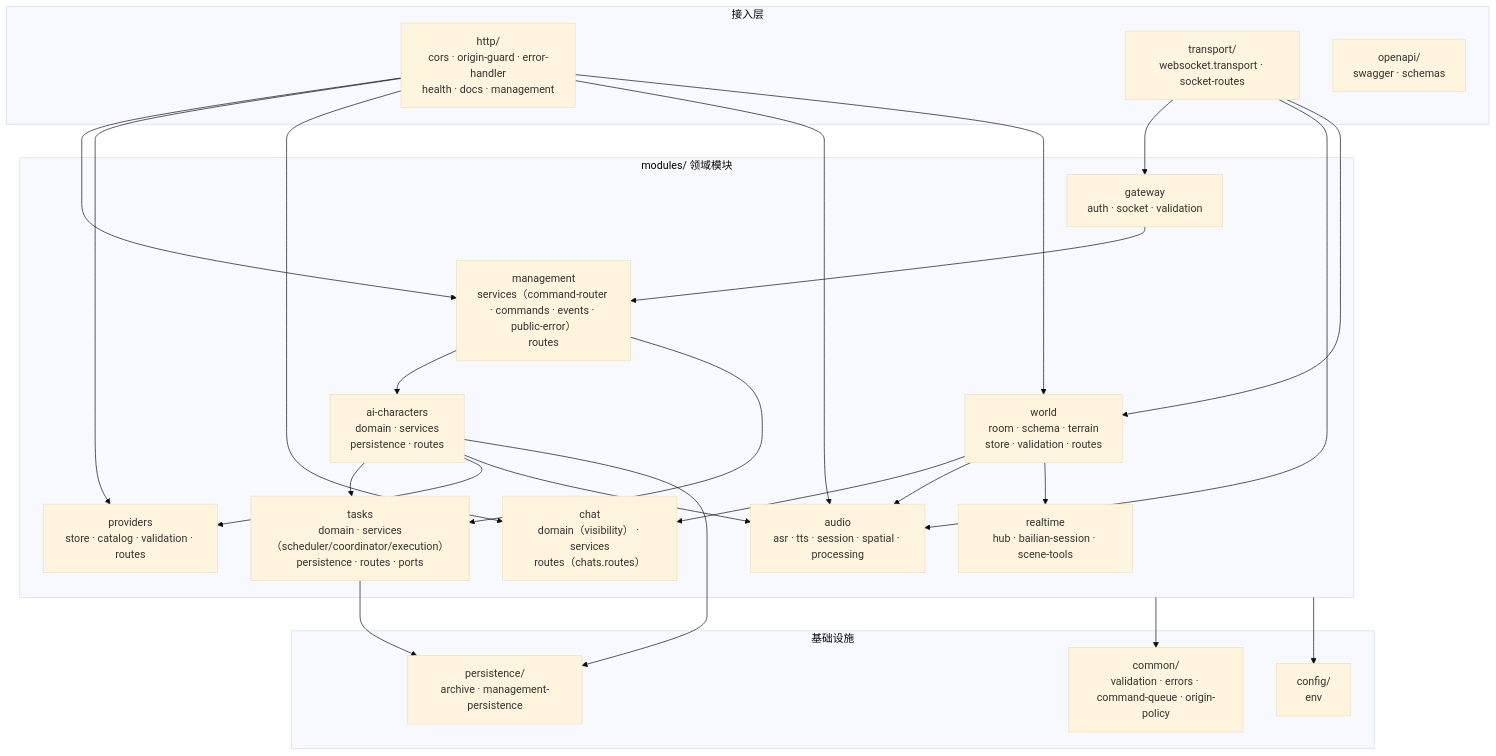
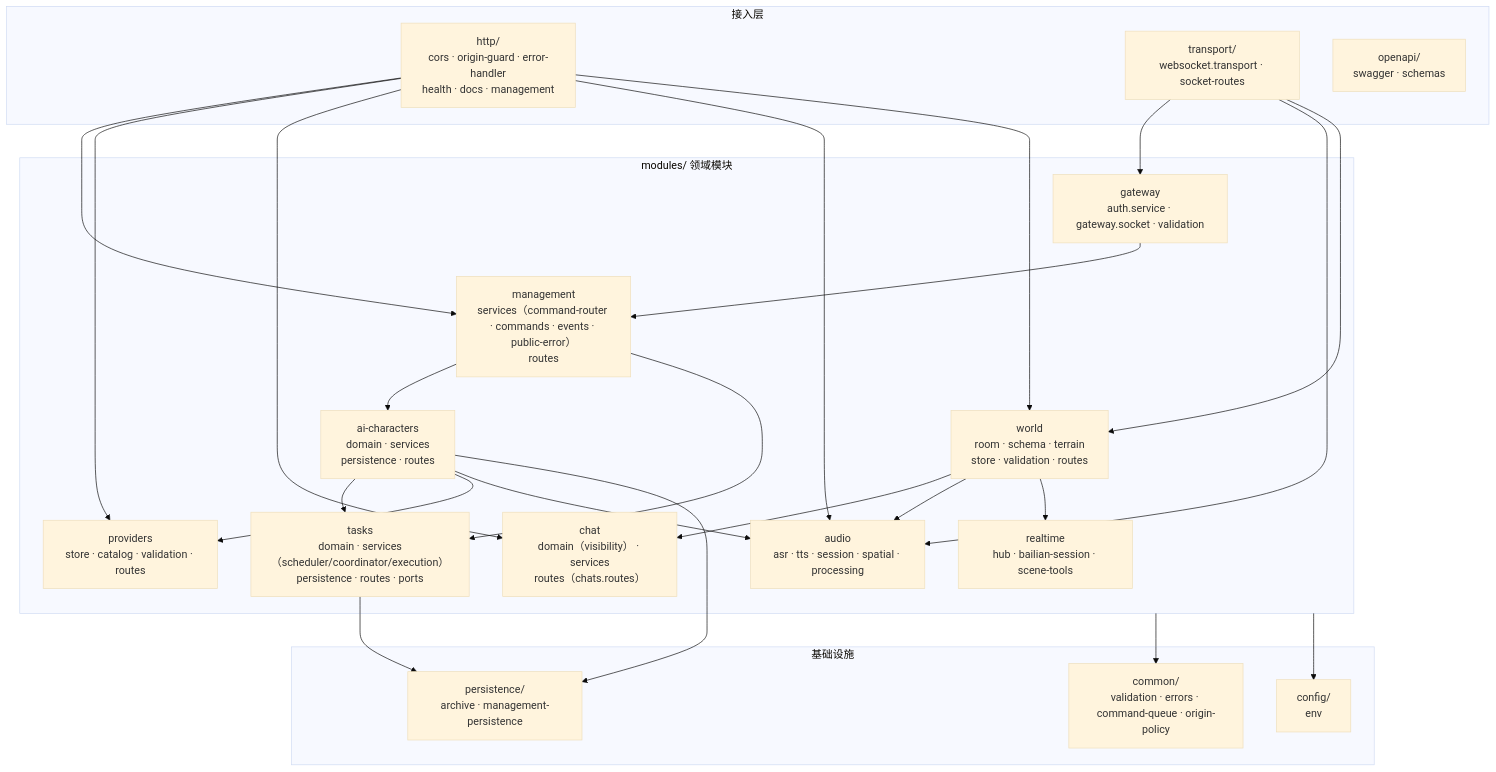
Before and after one commit to lulabs-org/embocraft: the fifth of 14 diagrams in docs/guide/architecture-diagrams.md, drawn with Mermaid (base theme). The commit also changed other lines of this file and 6 other files, not shown here.

````diff
--- a/docs/guide/architecture-diagrams.md
+++ b/docs/guide/architecture-diagrams.md
@@ -122,49 +122,49 @@
 ```mermaid
 graph TB
     subgraph Entry["接入层"]
         HTTP["http/<br/>cors · origin-guard · error-handler<br/>health · docs · management"]
         TR["transport/<br/>websocket.transport · socket-routes"]
         OA["openapi/<br/>swagger · schemas"]
     end
 
     subgraph Modules["modules/ 领域模块"]
         World["world<br/>room · schema · terrain<br/>store · validation · routes"]
         AIC["ai-characters<br/>domain · services<br/>persistence · routes"]
         Tasks["tasks<br/>domain · services（scheduler/coordinator/execution）<br/>persistence · routes · ports"]
         Mgmt["management<br/>services（command-router · commands · events · public-error）<br/>routes"]
-        GW["gateway<br/>auth · socket · validation"]
+        GW["gateway<br/>auth.service · gateway.socket · validation"]
         Prov["providers<br/>store · catalog · validation · routes"]
         Chat["chat<br/>domain（visibility） · services<br/>routes（chats.routes）"]
         Audio["audio<br/>asr · tts · session · spatial · processing"]
         RT["realtime<br/>hub · bailian-session · scene-tools"]
     end
 
     subgraph Infra["基础设施"]
         Common["common/<br/>validation · errors · command-queue · origin-policy"]
         Config["config/<br/>env"]
         Persist["persistence/<br/>archive · management-persistence"]
     end
 
     HTTP --> Mgmt
     HTTP --> Prov
     HTTP --> Chat
     HTTP --> Audio
     HTTP --> World
     TR --> GW
     TR --> Audio
     TR --> World
 
     GW --> Mgmt
     Mgmt --> AIC
     Mgmt --> Tasks
     AIC --> Tasks
     AIC --> Prov
     AIC --> Audio
     World --> Chat
     World --> Audio
     World --> RT
     AIC --> Persist
     Tasks --> Persist
     Modules --> Common
     Modules --> Config
 ```
````
